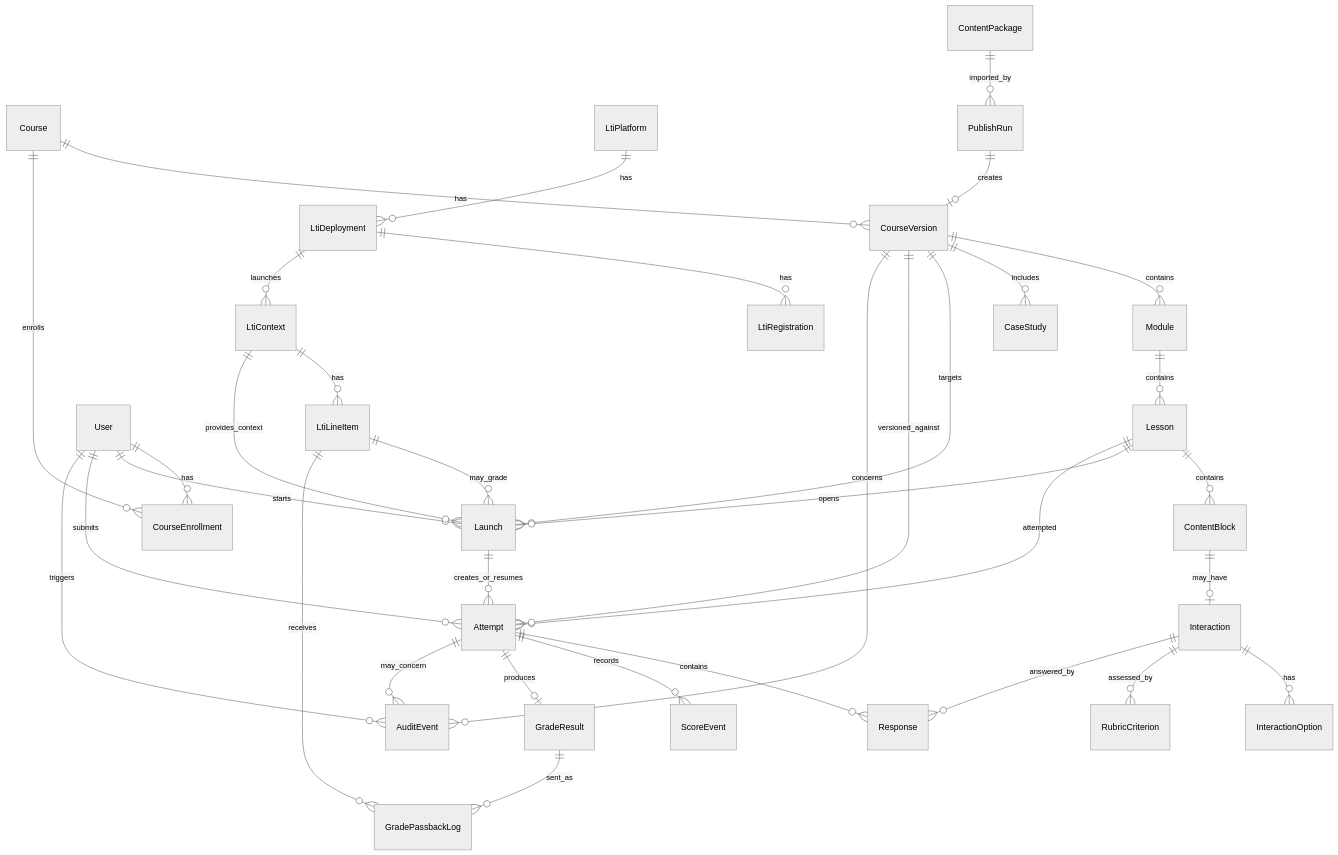
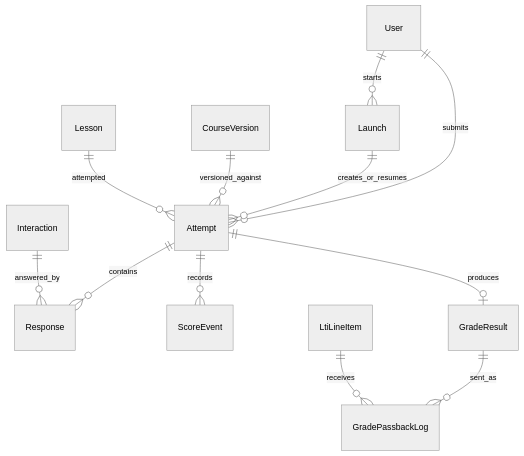
The fifth of 6 diagrams in docs/design/database-schema.md (learn-database/workbook-platform), drawn with Mermaid (neutral theme) before and after one commit. The commit also changed other lines of this file, not shown here.

Commit message:
Clarify database schema ERD diagrams

````diff
--- a/docs/design/database-schema.md
+++ b/docs/design/database-schema.md
@@ -57,42 +124,16 @@
 ```mermaid
 erDiagram
-    Course ||--o{ CourseVersion : has
-    CourseVersion ||--o{ Module : contains
-    Module ||--o{ Lesson : contains
-    Lesson ||--o{ ContentBlock : contains
-    ContentBlock ||--o| Interaction : may_have
-    Interaction ||--o{ InteractionOption : has
-    Interaction ||--o{ RubricCriterion : assessed_by
-    CourseVersion ||--o{ CaseStudy : includes
+    User ||--o{ Launch : starts
+    User ||--o{ Attempt : submits
+    Launch ||--o{ Attempt : creates_or_resumes
+    CourseVersion ||--o{ Attempt : versioned_against
+    Lesson ||--o{ Attempt : attempted
 
-    User ||--o{ CourseEnrollment : has
-    Course ||--o{ CourseEnrollment : enrolls
-
-    LtiPlatform ||--o{ LtiDeployment : has
-    LtiDeployment ||--o{ LtiRegistration : has
-    LtiDeployment ||--o{ LtiContext : launches
-    LtiContext ||--o{ LtiLineItem : has
-
-    User ||--o{ Launch : starts
-    CourseVersion ||--o{ Launch : targets
-    Lesson ||--o{ Launch : opens
-    LtiContext ||--o{ Launch : provides_context
-    LtiLineItem ||--o{ Launch : may_grade
-
-    User ||--o{ Attempt : submits
-    Lesson ||--o{ Attempt : attempted
-    CourseVersion ||--o{ Attempt : versioned_against
-    Launch ||--o{ Attempt : creates_or_resumes
     Attempt ||--o{ Response : contains
     Interaction ||--o{ Response : answered_by
     Attempt ||--o{ ScoreEvent : records
     Attempt ||--o| GradeResult : produces
+
     GradeResult ||--o{ GradePassbackLog : sent_as
     LtiLineItem ||--o{ GradePassbackLog : receives
-
-    ContentPackage ||--o{ PublishRun : imported_by
-    PublishRun ||--o| CourseVersion : creates
-    User ||--o{ AuditEvent : triggers
-    CourseVersion ||--o{ AuditEvent : concerns
-    Attempt ||--o{ AuditEvent : may_concern
 ```
````
